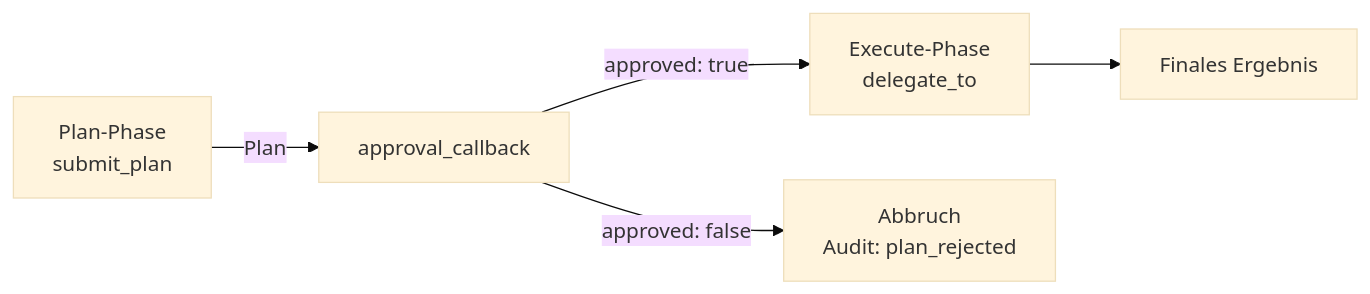
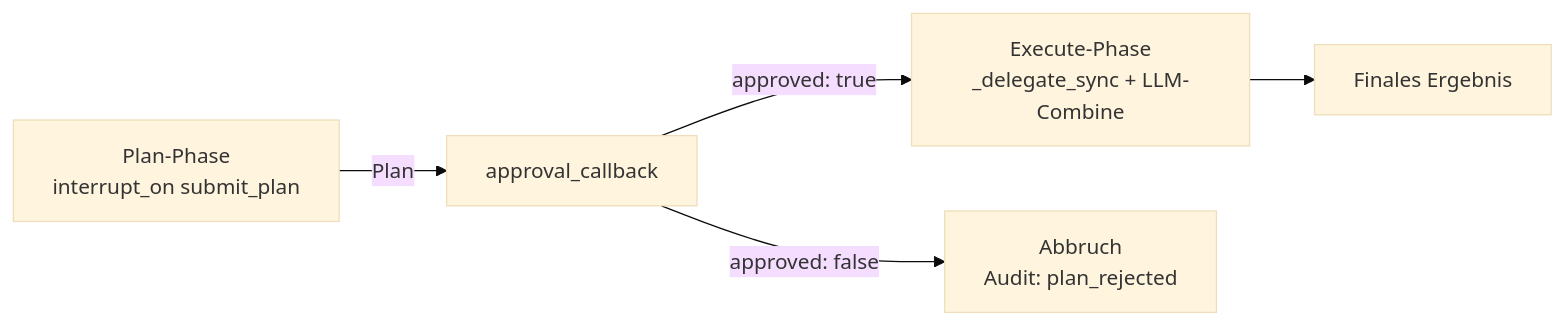
Before and after one commit to schraenko/agent-smith: the sixth of 6 diagrams in docs/tutorial.md, drawn with Mermaid (base theme). The commit also changed other lines of this file and 26 other files, not shown here.

````diff
--- a/docs/tutorial.md
+++ b/docs/tutorial.md
@@ -707,7 +678,7 @@
 ```mermaid
 flowchart LR
-    A[Plan-Phase<br/>submit_plan] -->|Plan| B[approval_callback]
-    B -->|approved: true| C[Execute-Phase<br/>delegate_to]
+    A[Plan-Phase<br/>interrupt_on submit_plan] -->|Plan| B[approval_callback]
+    B -->|approved: true| C[Execute-Phase<br/>_delegate_sync + LLM-Combine]
     B -->|approved: false| D[Abbruch<br/>Audit: plan_rejected]
     C --> E[Finales Ergebnis]
 ```
````
